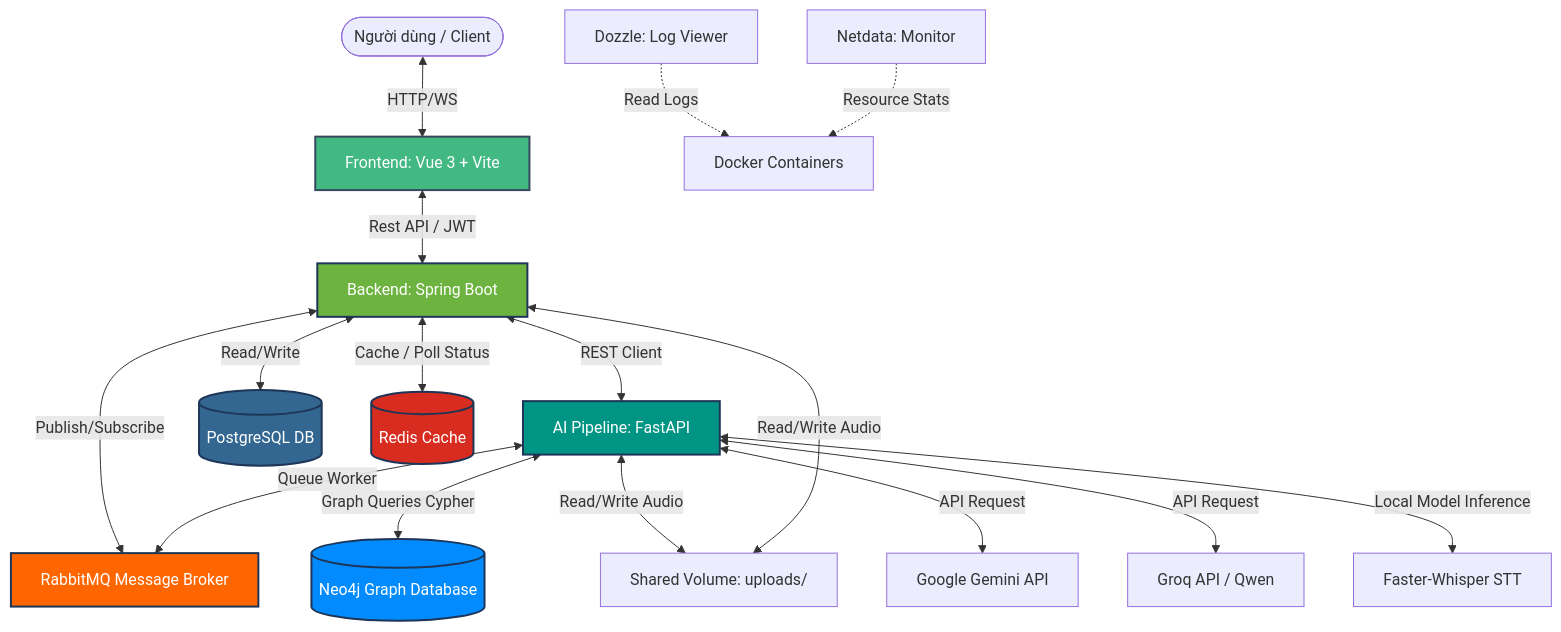
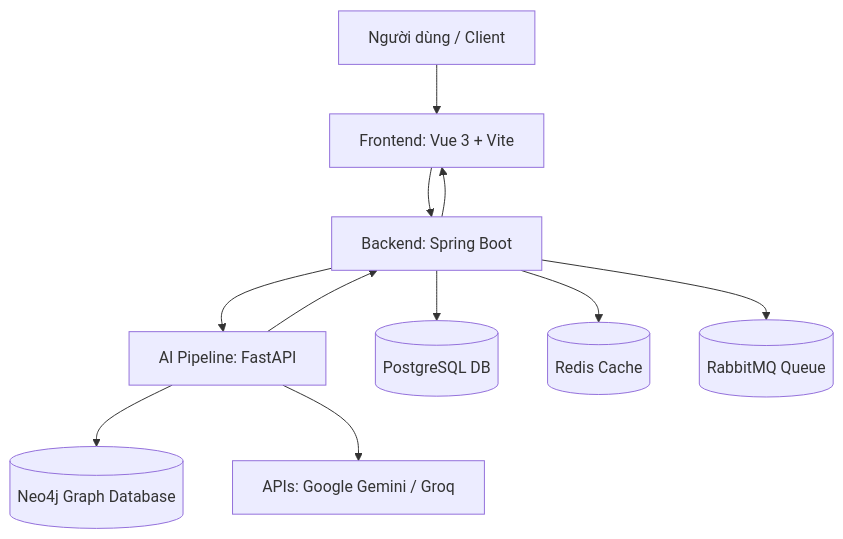
Before and after one commit to huytd2004/EasyNihongo: the diagram in README.md, drawn with Mermaid. The commit also changed other lines of this file and 1 other file, not shown here.

````diff
--- a/README.md
+++ b/README.md
@@ -45,34 +45,13 @@
 ```mermaid
 graph TD
-    User([Người dùng / Client]) <--> |HTTP/WS| Frontend[Frontend: Vue 3 + Vite]
-    Frontend <--> |Rest API / JWT| Backend[Backend: Spring Boot]
-    
-    %% Communication paths
-    Backend <--> |REST Client| AI_Pipeline[AI Pipeline: FastAPI]
-    Backend <--> |Publish/Subscribe| RabbitMQ[RabbitMQ Message Broker]
-    AI_Pipeline <--> |Queue Worker| RabbitMQ
-    
-    %% Databases
-    Backend <--> |Read/Write| Postgres[(PostgreSQL DB)]
-    Backend <--> |Cache / Poll Status| Redis[(Redis Cache)]
-    AI_Pipeline <--> |Graph Queries Cypher| Neo4j[(Neo4j Graph Database)]
-    AI_Pipeline <--> |Read/Write Audio| Uploads[Shared Volume: uploads/]
-    Backend <--> |Read/Write Audio| Uploads
-    
-    %% AI Services
-    AI_Pipeline <--> |API Request| Gemini[Google Gemini API]
-    AI_Pipeline <--> |API Request| Groq[Groq API / Qwen]
-    AI_Pipeline <--> |Local Model Inference| Whisper[Faster-Whisper STT]
-    
-    %% Monitoring
-    Dozzle[Dozzle: Log Viewer] -.-> |Read Logs| DockerHost[Docker Containers]
-    Netdata[Netdata: Monitor] -.-> |Resource Stats| DockerHost
-    
-    style Frontend fill:#42b883,stroke:#35495e,stroke-width:2px,color:#fff
-    style Backend fill:#6db33f,stroke:#1d3557,stroke-width:2px,color:#fff
-    style AI_Pipeline fill:#009485,stroke:#1d3557,stroke-width:2px,color:#fff
-    style Postgres fill:#336791,stroke:#1d3557,stroke-width:2px,color:#fff
-    style Neo4j fill:#018bff,stroke:#1d3557,stroke-width:2px,color:#fff
-    style Redis fill:#d82c20,stroke:#1d3557,stroke-width:2px,color:#fff
-    style RabbitMQ fill:#ff6600,stroke:#1d3557,stroke-width:2px,color:#fff
+    User[Người dùng / Client] --> Frontend[Frontend: Vue 3 + Vite]
+    Frontend --> Backend[Backend: Spring Boot]
+    Backend --> Frontend
+    Backend --> AI_Pipeline[AI Pipeline: FastAPI]
+    AI_Pipeline --> Backend
+    Backend --> Postgres[(PostgreSQL DB)]
+    Backend --> Redis[(Redis Cache)]
+    Backend --> RabbitMQ[(RabbitMQ Queue)]
+    AI_Pipeline --> Neo4j[(Neo4j Graph Database)]
+    AI_Pipeline --> LLMs[APIs: Google Gemini / Groq]
 ```
````
